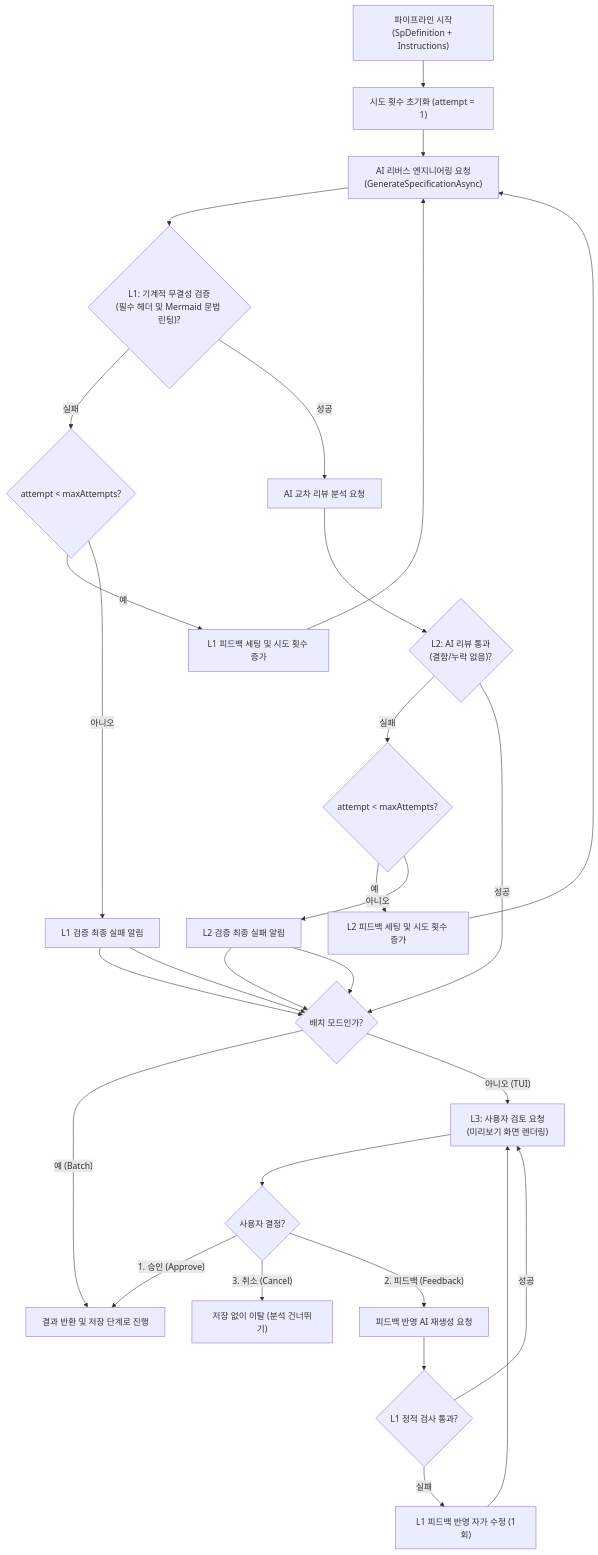
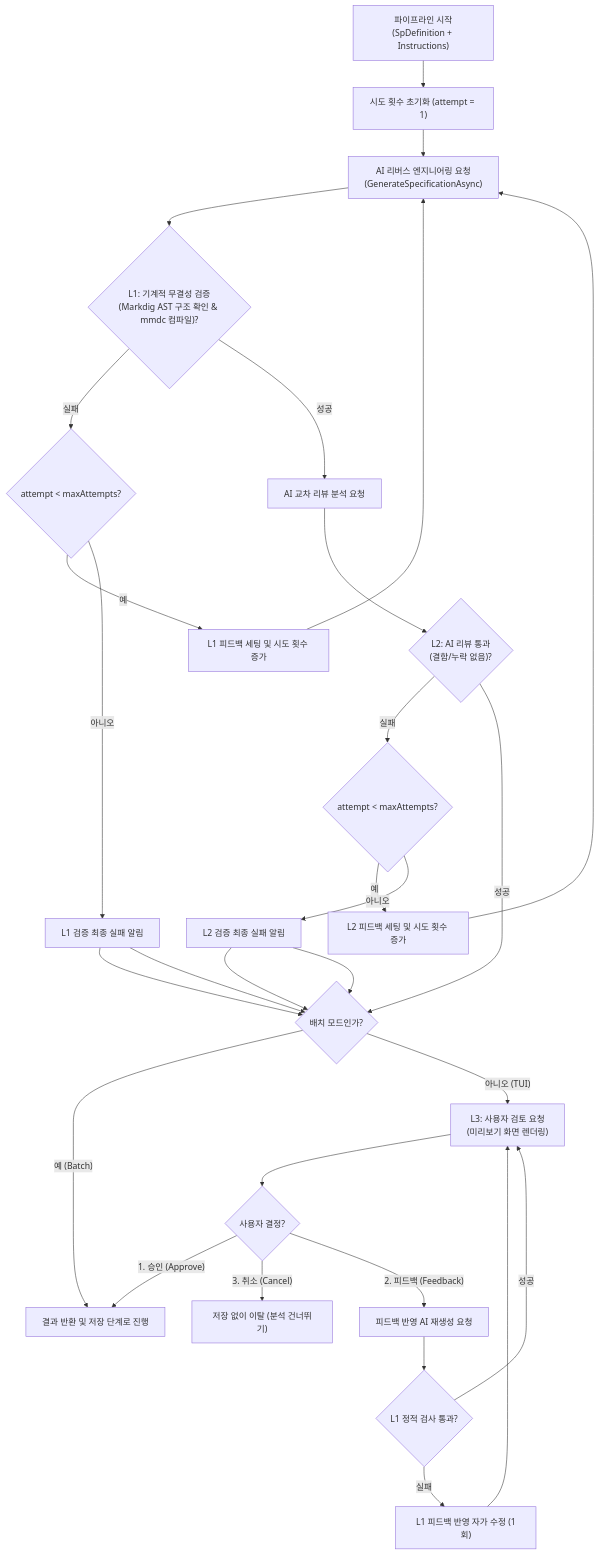
The second of 2 diagrams in docs/architecture.md (moondae815/sp-reverse-engineering), drawn with Mermaid before and after one commit. The commit also changed other lines of this file and 4 other files, not shown here.

````diff
--- a/docs/architecture.md
+++ b/docs/architecture.md
@@ -105,35 +105,35 @@
 ```mermaid
 graph TD
     StartPipeline["파이프라인 시작<br/>(SpDefinition + Instructions)"] --> InitAttempt["시도 횟수 초기화 (attempt = 1)"]
     InitAttempt --> CallAI["AI 리버스 엔지니어링 요청<br/>(GenerateSpecificationAsync)"]
     
-    CallAI --> L1Check{"L1: 기계적 무결성 검증<br/>(필수 헤더 및 Mermaid 문법 린팅)?"}
+    CallAI --> L1Check{"L1: 기계적 무결성 검증<br/>(Markdig AST 구조 확인 & mmdc 컴파일)?"}
     
     L1Check -- "실패" --> L1FailAttempt{"attempt < maxAttempts?"}
     L1FailAttempt -- "예" --> SetL1Feedback["L1 피드백 세팅 및 시도 횟수 증가"] --> CallAI
     L1FailAttempt -- "아니오" --> L1Abort["L1 검증 최종 실패 알림"] --> L3Check
     
     L1Check -- "성공" --> L2Review["AI 교차 리뷰 분석 요청"]
     L2Review --> L2Check{"L2: AI 리뷰 통과<br/>(결함/누락 없음)?"}
     
     L2Check -- "실패" --> L2FailAttempt{"attempt < maxAttempts?"}
     L2FailAttempt -- "예" --> SetL2Feedback["L2 피드백 세팅 및 시도 횟수 증가"] --> CallAI
     L2FailAttempt -- "아니오" --> L2Abort["L2 검증 최종 실패 알림"] --> L3Check
     
     L2Check -- "성공" --> L3Check{"배치 모드인가?"}
     L1Abort --> L3Check
     L2Abort --> L3Check
     
     L3Check -- "예 (Batch)" --> ReturnSuccess["결과 반환 및 저장 단계로 진행"]
     
     L3Check -- "아니오 (TUI)" --> HumanReview["L3: 사용자 검토 요청<br/>(미리보기 화면 렌더링)"]
     HumanReview --> HumanDecision{"사용자 결정?"}
     
     HumanDecision -- "1. 승인 (Approve)" --> ReturnSuccess
     HumanDecision -- "3. 취소 (Cancel)" --> ReturnCancel["저장 없이 이탈 (분석 건너뛰기)"]
     HumanDecision -- "2. 피드백 (Feedback)" --> RegenerateAI["피드백 반영 AI 재생성 요청"]
     
     RegenerateAI --> L1ReCheck{"L1 정적 검사 통과?"}
     L1ReCheck -- "실패" --> SetL1ReFeedback["L1 피드백 반영 자가 수정 (1회)"] --> HumanReview
     L1ReCheck -- "성공" --> HumanReview
 ```
````
